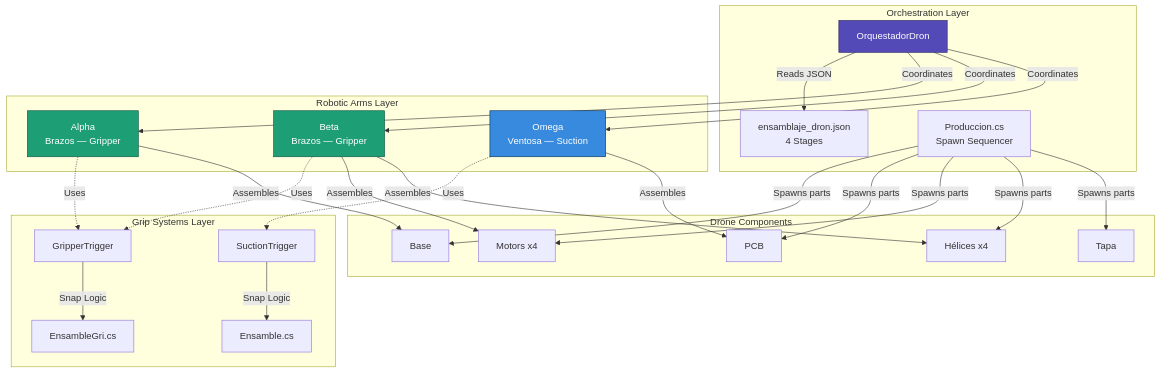
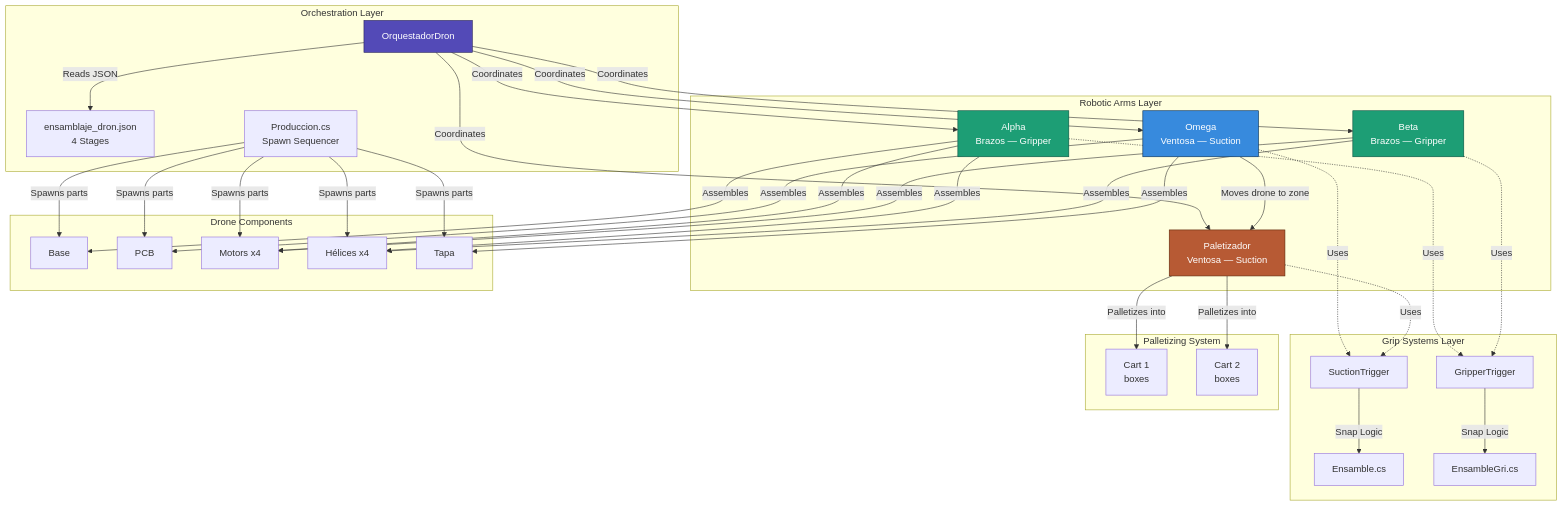
The first of 6 diagrams in README.md (jorgefajardom-coder/drone-packaging-simulation-unity), drawn with Mermaid before and after one commit. The commit also changed other lines of this file, not shown here.

````diff
--- a/README.md
+++ b/README.md
@@ -93,56 +93,71 @@
 ```mermaid
 graph TB
     subgraph "Orchestration Layer"
         O[OrquestadorDron]
         JSON[ensamblaje_dron.json<br/>4 Stages]
         P[Produccion.cs<br/>Spawn Sequencer]
     end
     
     subgraph "Robotic Arms Layer"
         B1[Alpha<br/>Brazos — Gripper]
         B2[Beta<br/>Brazos — Gripper]
         B3[Omega<br/>Ventosa — Suction]
+        B4[Paletizador<br/>Ventosa — Suction]
     end
     
     subgraph "Grip Systems Layer"
         G[GripperTrigger]
         V[SuctionTrigger]
         E1[Ensamble.cs]
         E2[EnsambleGri.cs]
     end
     
     subgraph "Drone Components"
         BASE[Base]
         PCB[PCB]
         MOTOR[Motors x4]
         HELICE[Hélices x4]
         TAPA[Tapa]
     end
+
+    subgraph "Palletizing System"
+        CARRO1[Cart 1<br/>boxes]
+        CARRO2[Cart 2<br/>boxes]
+    end
     
     O -->|Reads JSON| JSON
     O -->|Coordinates| B1
     O -->|Coordinates| B2
     O -->|Coordinates| B3
+    O -->|Coordinates| B4
     P -->|Spawns parts| BASE
     P -->|Spawns parts| PCB
     P -->|Spawns parts| MOTOR
     P -->|Spawns parts| HELICE
     P -->|Spawns parts| TAPA
     
     B1 -.->|Uses| G
     B2 -.->|Uses| G
     B3 -.->|Uses| V
+    B4 -.->|Uses| V
     
     G -->|Snap Logic| E2
     V -->|Snap Logic| E1
     
     B1 -->|Assembles| BASE
     B3 -->|Assembles| PCB
+    B1 -->|Assembles| MOTOR
     B2 -->|Assembles| MOTOR
+    B1 -->|Assembles| HELICE
     B2 -->|Assembles| HELICE
+    B3 -->|Assembles| TAPA
+    B3 -->|Moves drone to zone| B4
+    B4 -->|Palletizes into| CARRO1
+    B4 -->|Palletizes into| CARRO2
     
     style O fill:#534AB7,stroke:#26215C,color:#fff
     style B1 fill:#1D9E75,stroke:#085041,color:#fff
     style B2 fill:#1D9E75,stroke:#085041,color:#fff
     style B3 fill:#378ADD,stroke:#042C53,color:#fff
+    style B4 fill:#B75A34,stroke:#5C2506,color:#fff
 ```
````
